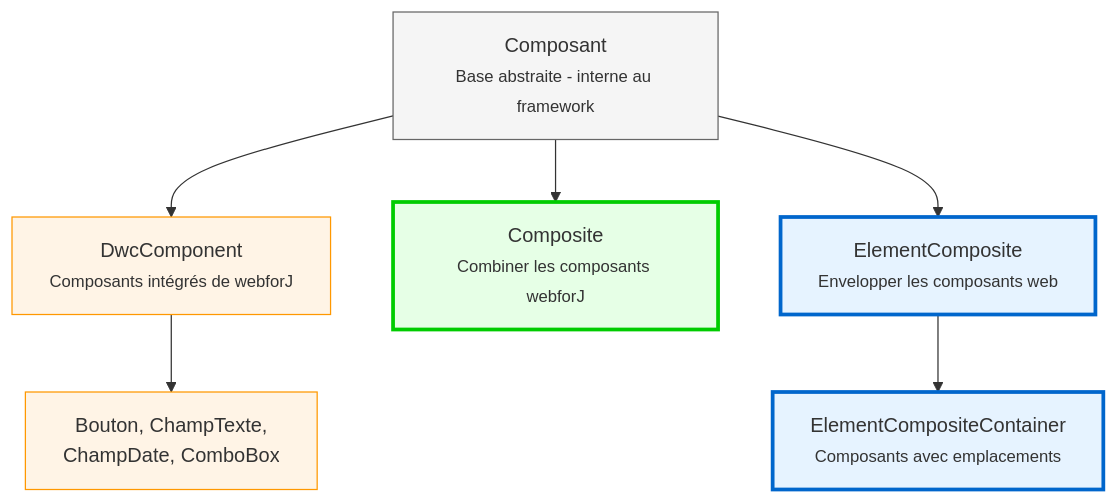
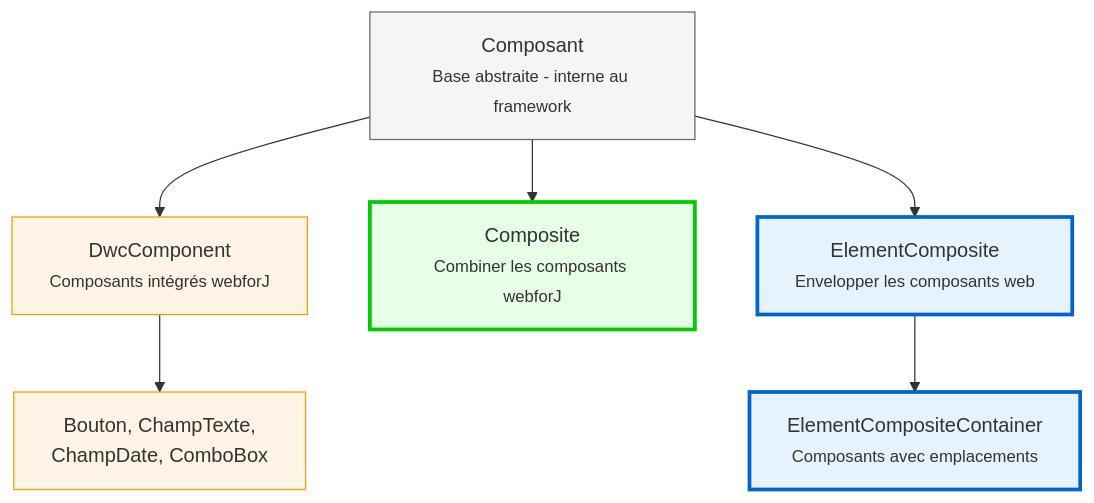
One commit to webforj/webforj-documentation changed the diagram in docs/i18n/fr/docusaurus-plugin-content-docs/current/building-ui/component-fundamentals.md. Above: the diagram before and after it, drawn with Mermaid. The commit also changed other lines of this file and 209 other files, not shown here.

````diff
--- a/docs/i18n/fr/docusaurus-plugin-content-docs/current/building-ui/component-fundamentals.md
+++ b/docs/i18n/fr/docusaurus-plugin-content-docs/current/building-ui/component-fundamentals.md
@@ -53,22 +52,22 @@
 ```mermaid
 graph TD
     A[Composant<br/><small>Base abstraite - interne au framework</small>]
     
-    A --> B[DwcComponent<br/><small>Composants intégrés de webforJ</small>]
+    A --> B[DwcComponent<br/><small>Composants intégrés webforJ</small>]
     A --> C[Composite<br/><small>Combiner les composants webforJ</small>]
     A --> D[ElementComposite<br/><small>Envelopper les composants web</small>]
     
     B --> E[Bouton, ChampTexte,<br/>ChampDate, ComboBox]
     
     D --> F[ElementCompositeContainer<br/><small>Composants avec emplacements</small>]
     
     style A fill:#f5f5f5,stroke:#666
     style B fill:#fff4e6,stroke:#ff9800
     style C fill:#e6ffe6,stroke:#00cc00
     style D fill:#e6f3ff,stroke:#0066cc
     style E fill:#fff4e6,stroke:#ff9800
     style F fill:#e6f3ff,stroke:#0066cc
     
     classDef userClass stroke-width:3px
     class C,D,F userClass
 ```
````
